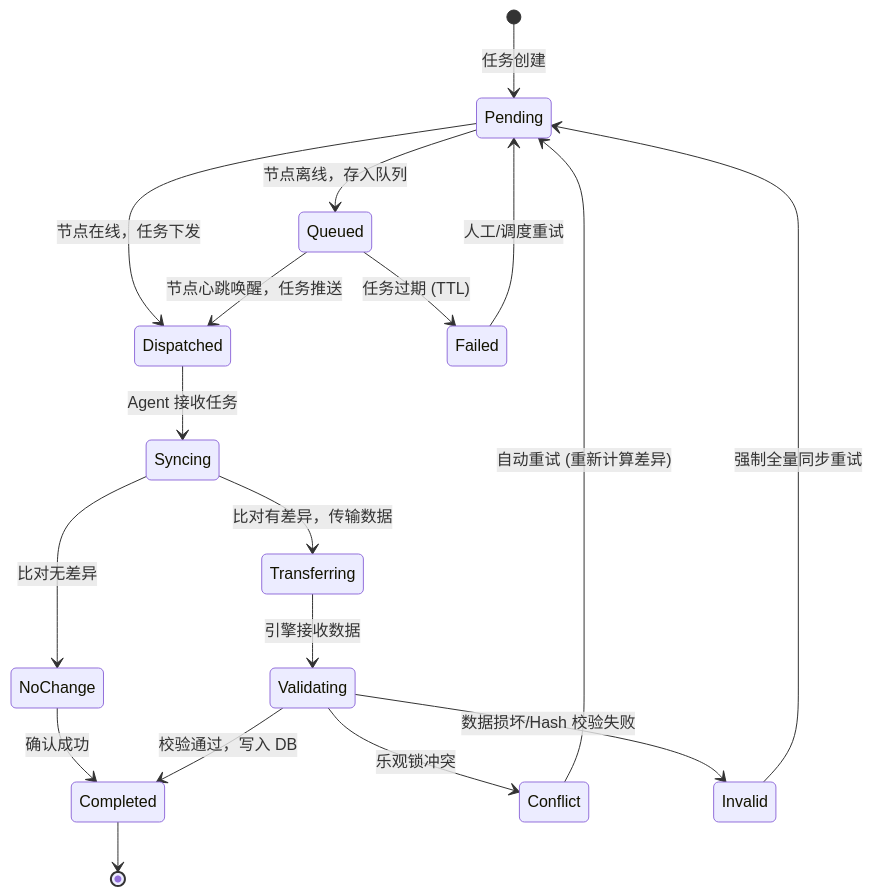
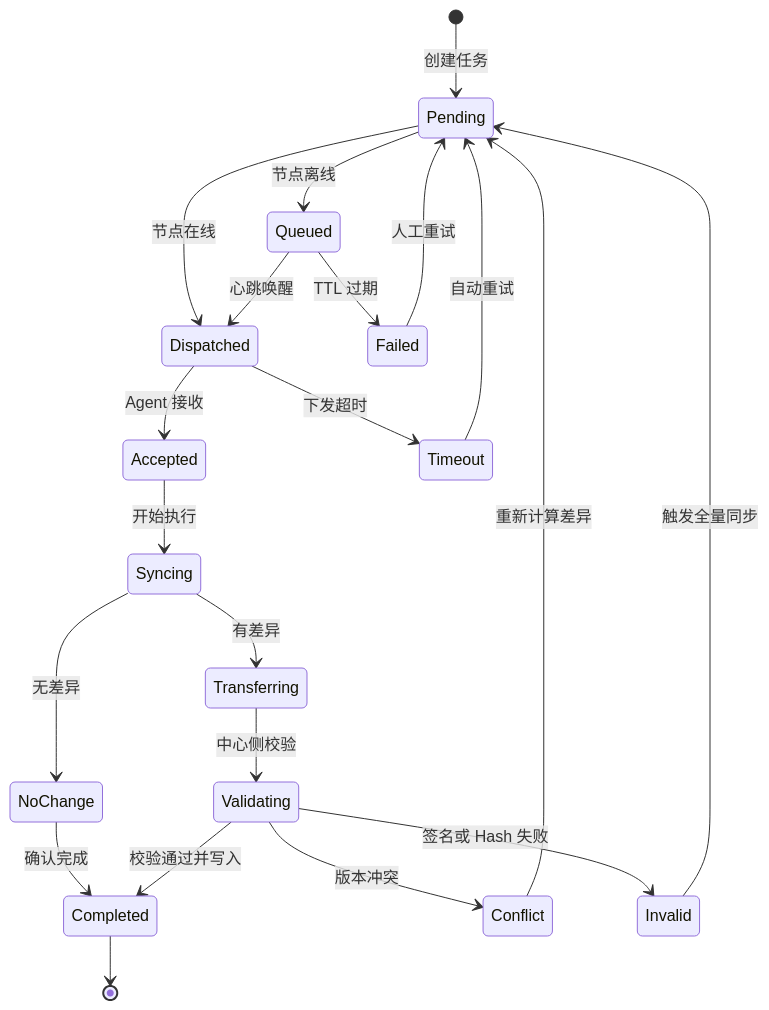
Before and after one commit to DavidHLP/DavidHLP.github.io: the eighth of 13 diagrams in src/content/note/zh-cn/uisa-architecture-design.md, drawn with Mermaid. The commit also changed other lines of this file and 41 other files, not shown here.

````diff
--- a/src/content/note/zh-cn/uisa-architecture-design.md
+++ b/src/content/note/zh-cn/uisa-architecture-design.md
@@ -217,26 +470,30 @@
 ```mermaid
 stateDiagram-v2
-    [*] --> Pending : 任务创建
-    Pending --> Dispatched : 节点在线，任务下发
-    Pending --> Queued : 节点离线，存入队列
-    
-    Queued --> Dispatched : 节点心跳唤醒，任务推送
-    Queued --> Failed : 任务过期 (TTL)
-    
-    Dispatched --> Syncing : Agent 接收任务
-    Syncing --> NoChange : 比对无差异
-    Syncing --> Transferring : 比对有差异，传输数据
-    
-    NoChange --> Completed : 确认成功
-    Transferring --> Validating : 引擎接收数据
-    
-    Validating --> Completed : 校验通过，写入 DB
-    Validating --> Conflict : 乐观锁冲突
-    Validating --> Invalid : 数据损坏/Hash 校验失败
-    
-    Conflict --> Pending : 自动重试 (重新计算差异)
-    Invalid --> Pending : 强制全量同步重试
-    Failed --> Pending : 人工/调度重试
-    
+    [*] --> Pending : 创建任务
+    Pending --> Queued : 节点离线
+    Pending --> Dispatched : 节点在线
+
+    Queued --> Dispatched : 心跳唤醒
+    Queued --> Failed : TTL 过期
+
+    Dispatched --> Accepted : Agent 接收
+    Dispatched --> Timeout : 下发超时
+
+    Accepted --> Syncing : 开始执行
+    Syncing --> NoChange : 无差异
+    Syncing --> Transferring : 有差异
+
+    NoChange --> Completed : 确认完成
+    Transferring --> Validating : 中心侧校验
+
+    Validating --> Completed : 校验通过并写入
+    Validating --> Conflict : 版本冲突
+    Validating --> Invalid : 签名或 Hash 失败
+
+    Timeout --> Pending : 自动重试
+    Conflict --> Pending : 重新计算差异
+    Invalid --> Pending : 触发全量同步
+    Failed --> Pending : 人工重试
+
     Completed --> [*]
 ```
````
